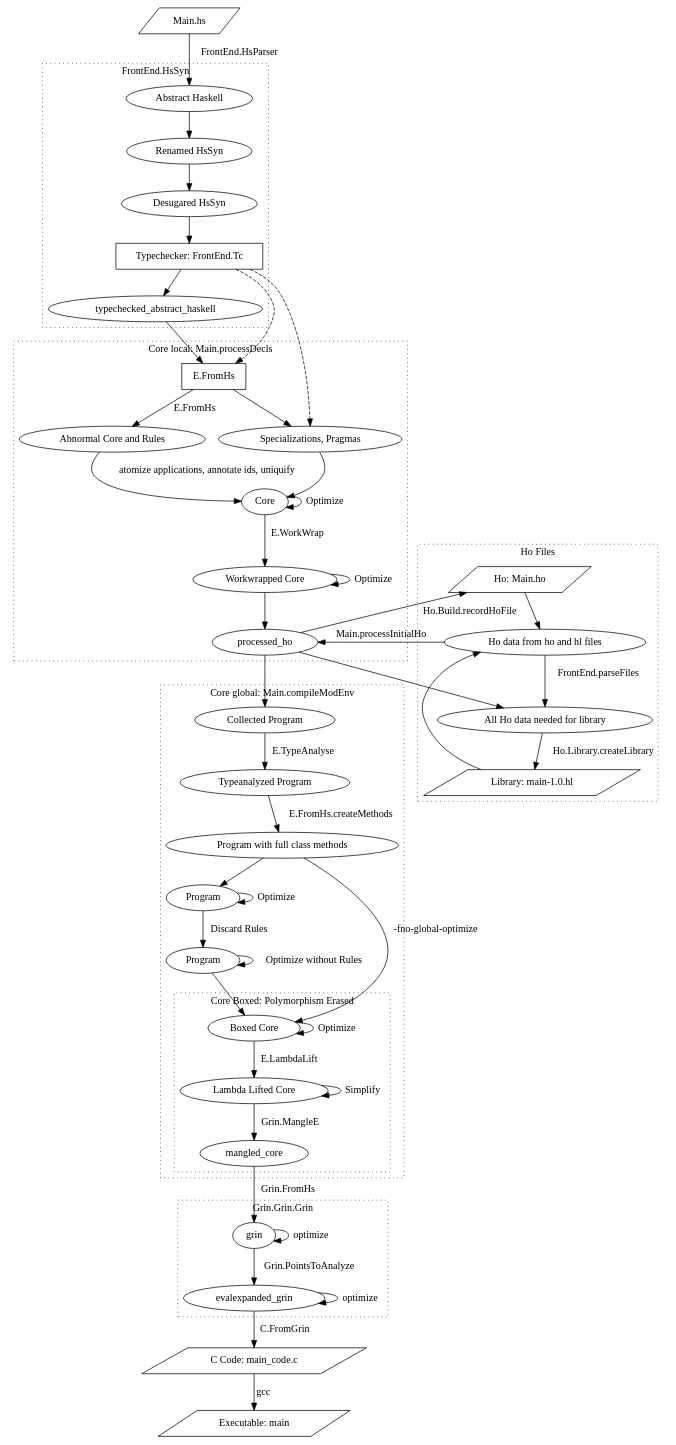
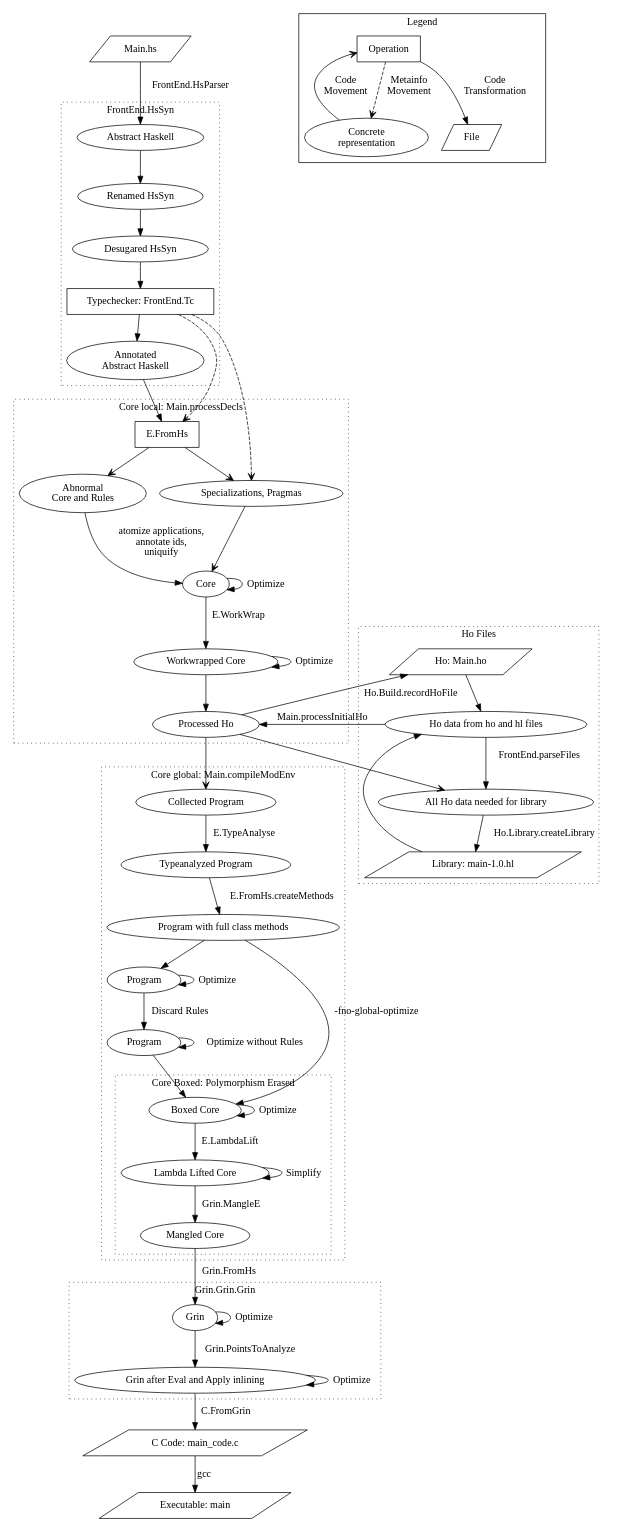
One commit to dpwright/jhc changed the diagram in docs/big-picture.dot. Above: the diagram before and after it, drawn with Graphviz. The commit also changed other lines of this file and 1 other file, not shown here.

```diff
--- a/docs/big-picture.dot
+++ b/docs/big-picture.dot
@@ -1,118 +1,131 @@
 
 
 digraph jhc {
         rankdir = TB
 
         source_file     [ label = "Main.hs",  shape = parallelogram ]
         source_file -> abstract_haskell  [ label = "FrontEnd.HsParser" ]
 
         subgraph cluster_hs {
                 label = "FrontEnd.HsSyn"
                 style = dotted
                 abstract_haskell [ label = "Abstract Haskell" ]
                 renamed_abstract_haskell [ label = "Renamed HsSyn" ]
                 desugared_abstract_haskell [ label = "Desugared HsSyn" ]
 
                 abstract_haskell -> renamed_abstract_haskell
                 renamed_abstract_haskell -> desugared_abstract_haskell
 
                 typechecker [ label = "Typechecker: FrontEnd.Tc", shape = box ]
 
                 desugared_abstract_haskell -> typechecker
+                typechecked_abstract_haskell [ label = "Annotated\nAbstract Haskell" ]
                 typechecker -> typechecked_abstract_haskell
         }
 
         subgraph cluster_local_e {
-                // core local pass
                 label = "Core local: Main.processDecls"
-                typechecked_abstract_haskell -> from_hs
-                typechecker -> from_hs [ style = dashed ]
-
-                typechecker -> rules_and_specializations  [ style = dashed ]
-                from_hs -> rules_and_specializations
-
+                style = dotted
+                processed_ho [ label = "Processed Ho" ]
                 rules_and_specializations [ label = "Specializations, Pragmas" ]
-                rules_and_specializations -> local_core
-
                 local_core [ label = "Core" ]
                 workwrapped_core [ label = "Workwrapped Core" ]
-                initial_core [ label = "Abnormal Core and Rules" ]
+                initial_core [ label = "Abnormal\nCore and Rules" ]
                 from_hs [ shape = box, label = "E.FromHs" ]
-                from_hs -> initial_core [ label = "E.FromHs" ]
-                initial_core -> local_core [ label = "atomize applications, annotate ids, uniquify"]
+
+                typechecked_abstract_haskell -> from_hs
+                typechecker -> from_hs [ style = dashed, arrowhead = vee ]
+                typechecker -> rules_and_specializations  [ style = dashed, arrowhead = vee ]
+                from_hs -> rules_and_specializations  [ arrowhead = vee]
+                rules_and_specializations -> local_core [ arrowhead = vee ]
+                from_hs -> initial_core [ arrowhead = vee ]
+                initial_core -> local_core [ label = "atomize applications,\nannotate ids,\nuniquify"]
                 local_core -> local_core [ label = "Optimize" ]
                 local_core -> workwrapped_core [ label = "E.WorkWrap" ]
                 workwrapped_core -> workwrapped_core [ label = "Optimize" ]
                 workwrapped_core -> processed_ho
-                style = dotted
         }
 
         subgraph cluster_foo {
                 label = "Core global: Main.compileModEnv"
                 style = dotted
                 // core global pass
                 initial_program [ label = "Collected Program" ]
                 typeanalyzed_program [ label = "Typeanalyzed Program" ]
-                processed_ho -> initial_program
+                processed_ho -> initial_program  [ arrowhead = vee ]
                 optimized_program [ label = "Program" ]
                 program_no_rules [ label = "Program" ]
                 optimized_program -> program_no_rules [ label = "Discard Rules" ]
                 class_expanded_program [ label = "Program with full class methods" ]
                 initial_program -> typeanalyzed_program [ label = "E.TypeAnalyse" ]
                 typeanalyzed_program -> class_expanded_program [ label = "E.FromHs.createMethods" ]
                 optimized_program -> optimized_program [ label = "Optimize" ]
                 program_no_rules -> program_no_rules [ label = "Optimize without Rules" ]
                 class_expanded_program -> optimized_program
                 boxy_core [ label = "Boxed Core" ]
                 program_no_rules -> boxy_core
                 class_expanded_program -> boxy_core [ label = "-fno-global-optimize" ]
 
                 subgraph cluster_final {
                         label = "Core Boxed: Polymorphism Erased"
                         style = dotted
-                        // final stuff
+                        lambda_lifted_core [ label = "Lambda Lifted Core" ]
+                        mangled_core [ label = "Mangled Core" ]
+
                         boxy_core -> boxy_core [ label = "Optimize" ]
-                        lambda_lifted_core [ label = "Lambda Lifted Core" ]
                         lambda_lifted_core -> lambda_lifted_core [ label = "Simplify" ]
                         boxy_core -> lambda_lifted_core [ label = "E.LambdaLift" ]
                         lambda_lifted_core -> mangled_core [ label = "Grin.MangleE" ]
                 }
         }
 
         subgraph cluster_grin {
                 label = "Grin.Grin.Grin"
                 style = dotted
-                mangled_core -> grin      [ label = "Grin.FromHs" ]
-                grin -> grin [ label = "optimize" ]
+                grin [ label = "Grin" ]
+                evalexpanded_grin [ label = "Grin after Eval and Apply inlining" ]
+
+                mangled_core -> grin [ label = "Grin.FromHs" ]
+                grin -> grin [ label = "Optimize" ]
                 grin -> evalexpanded_grin [ label = "Grin.PointsToAnalyze" ]
-                evalexpanded_grin -> evalexpanded_grin [ label = "optimize" ]
+                evalexpanded_grin -> evalexpanded_grin [ label = "Optimize" ]
 
         }
         executable [ label = "Executable: main", shape = parallelogram ]
         c [ label = "C Code: main_code.c", shape = parallelogram ]
+
         evalexpanded_grin -> c  [ label = "C.FromGrin" ]
         c -> executable [ label = "gcc" ]
 
 
 
         subgraph cluster_ho {
                 // ho data read off disk
                 label = "Ho Files"
                 style = dotted
                 read_ho_data [ label = "Ho data from ho and hl files" ]
                 collected_ho_data [ label = "All Ho data needed for library" ]
-                hl_library [ label = "Library: main-1.0.hl" ]
-                ho_file [ label = "Ho: Main.ho" ]
+                hl_library [ label = "Library: main-1.0.hl", shape = parallelogram ]
+                ho_file [ label = "Ho: Main.ho", shape = parallelogram ]
+
                 ho_file -> read_ho_data
                 hl_library -> read_ho_data
                 read_ho_data -> processed_ho [ label = "Main.processInitialHo"]
                 processed_ho -> ho_file [ label = "Ho.Build.recordHoFile" ]
-                processed_ho -> collected_ho_data
+                processed_ho -> collected_ho_data   [ arrowhead = vee ]
                 read_ho_data -> collected_ho_data [ label = "FrontEnd.parseFiles" ]
                 collected_ho_data -> hl_library  [ label = "Ho.Library.createLibrary" ]
-                ho_file [ shape = parallelogram ]
-                hl_library [ shape = parallelogram ]
 
         }
 
+        subgraph cluster_legend {
+                label = "Legend"
+                file [ label = "File", shape = parallelogram ]
+                concrete [ label = "Concrete\nrepresentation" ]
+                operation [ label = "Operation", shape = box ]
+                concrete -> operation [ label = "Code\nMovement", arrowhead = vee ]
+                operation -> concrete [ label = "Metainfo\nMovement", style = dashed, arrowhead = vee ]
+                operation -> file [ label = "Code\nTransformation"  ]
+
+        }
 }
```
